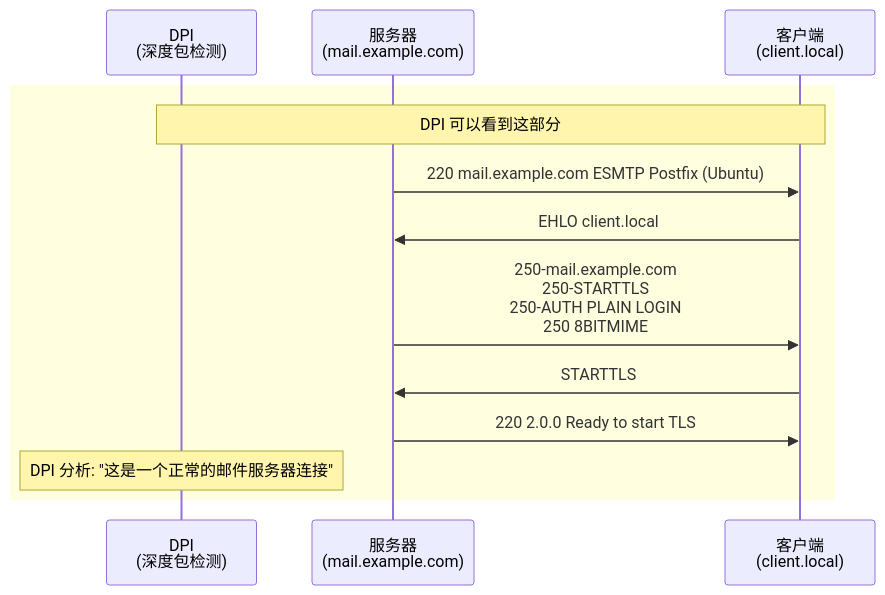
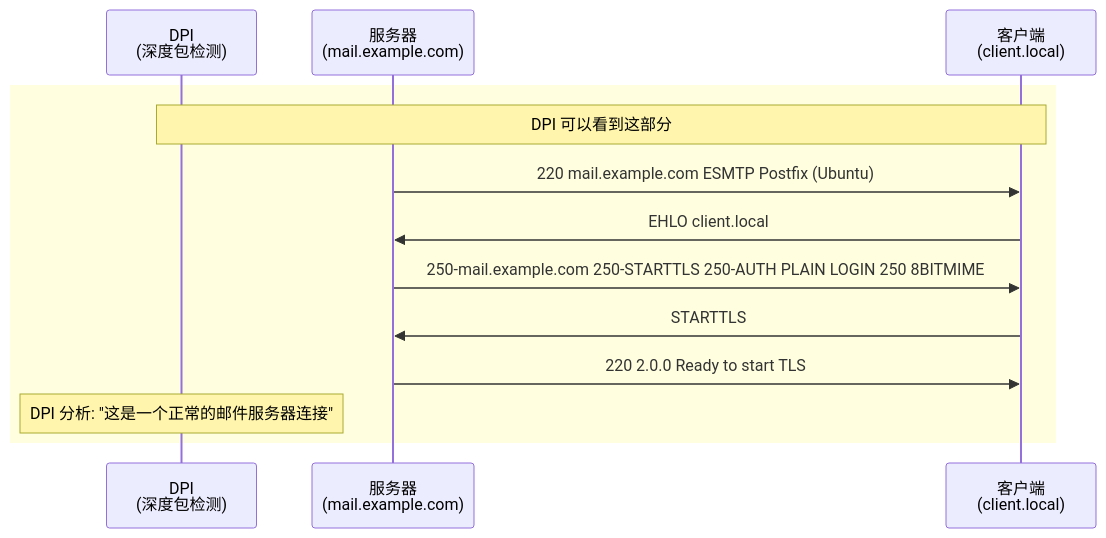
Before and after one commit to purpose168/smtp-tunnel-proxy: the first of 12 diagrams in TECHNICAL.md, drawn with Mermaid. The commit also changed other lines of this file, not shown here.

Commit message:
docs: 修复TECHNICAL.md中的SMTP协议格式错误
将SMTP协议响应中的HTML换行标签替换为空格，使其更符合实际协议格式

````diff
--- a/TECHNICAL.md
+++ b/TECHNICAL.md
@@ -55,16 +55,16 @@
 ```mermaid
 sequenceDiagram
     participant DPI as DPI<br/>(深度包检测)
     participant Server as 服务器<br/>(mail.example.com)
     participant Client as 客户端<br/>(client.local)
 
     rect rgb(255, 255, 224)
         Note over DPI,Client: DPI 可以看到这部分
         Server->>Client: 220 mail.example.com ESMTP Postfix (Ubuntu)
         Client->>Server: EHLO client.local
-        Server->>Client: 250-mail.example.com<br/>250-STARTTLS<br/>250-AUTH PLAIN LOGIN<br/>250 8BITMIME
+        Server->>Client: 250-mail.example.com 250-STARTTLS 250-AUTH PLAIN LOGIN 250 8BITMIME
         Client->>Server: STARTTLS
         Server->>Client: 220 2.0.0 Ready to start TLS
         Note over DPI: DPI 分析: "这是一个正常的邮件服务器连接"
     end
 ```
````
